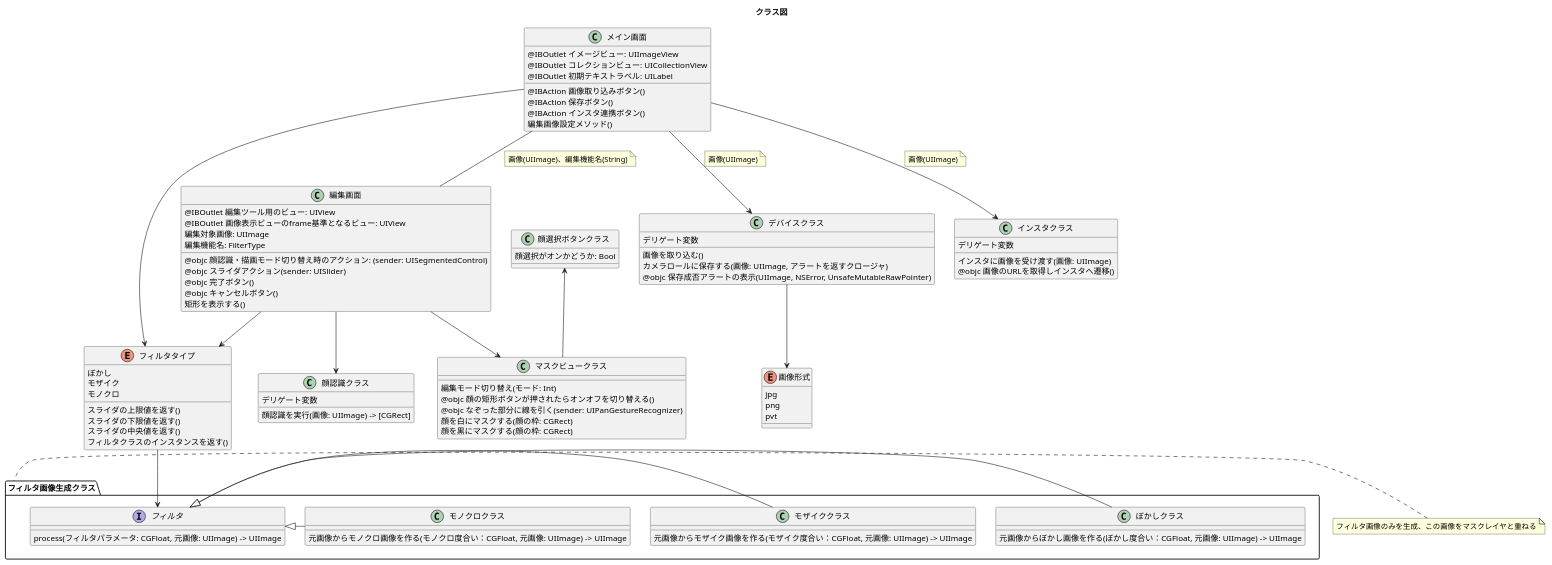
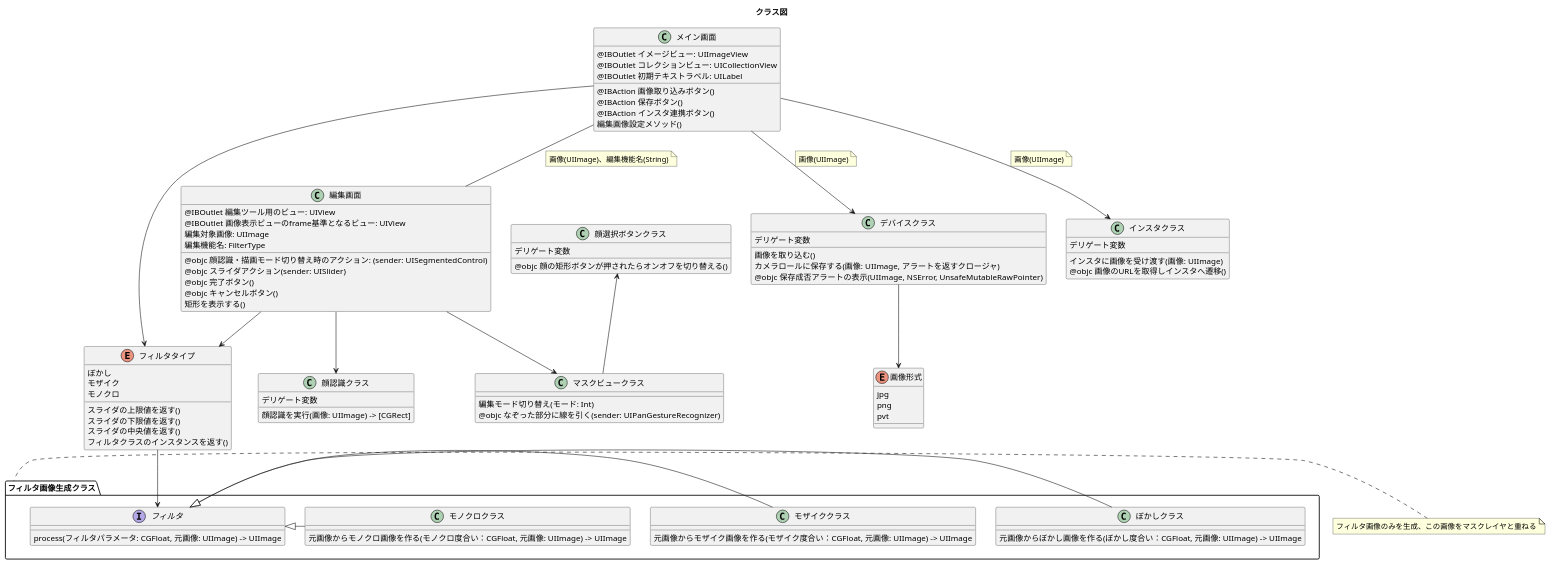
One commit to saganoH/InstaExt changed the diagram in InstaExt/docs/クラス図.plantuml. Above: the diagram before and after it, drawn with PlantUML.

Commit message:
[task] card_218 クラス図更新（顔選択機能）
* クラス図修正

```diff
--- a/InstaExt/docs/クラス図.plantuml
+++ b/InstaExt/docs/クラス図.plantuml
@@ -1,121 +1,119 @@
 @startuml
 title "クラス図"
 
 class メイン画面 {
   @IBOutlet イメージビュー: UIImageView
   @IBOutlet コレクションビュー: UICollectionView
   @IBOutlet 初期テキストラベル: UILabel
   @IBAction 画像取り込みボタン()
   @IBAction 保存ボタン()
   @IBAction インスタ連携ボタン()
   編集画像設定メソッド()
 }
 
 class 編集画面 {
   @IBOutlet 編集ツール用のビュー: UIView
   @IBOutlet 画像表示ビューのframe基準となるビュー: UIView
   編集対象画像: UIImage
   編集機能名: FilterType
   @objc 顔認識・描画モード切り替え時のアクション: (sender: UISegmentedControl)
   @objc スライダアクション(sender: UISlider)
   @objc 完了ボタン()
   @objc キャンセルボタン()
   矩形を表示する()
 }
 
 class 顔選択ボタンクラス {
-  顔選択がオンかどうか: Bool
+  デリゲート変数
+  @objc 顔の矩形ボタンが押されたらオンオフを切り替える()
 }
 
 class マスクビュークラス {
   編集モード切り替え(モード: Int)
-  @objc 顔の矩形ボタンが押されたらオンオフを切り替える()
   @objc なぞった部分に線を引く(sender: UIPanGestureRecognizer)
-  顔を白にマスクする(顔の枠: CGRect)
-  顔を黒にマスクする(顔の枠: CGRect)
 }
 
 class 顔認識クラス {
   デリゲート変数
   顔認識を実行(画像: UIImage) -> [CGRect]
 }
 
 class デバイスクラス {
   デリゲート変数
   画像を取り込む()
   カメラロールに保存する(画像: UIImage, アラートを返すクロージャ)
   @objc 保存成否アラートの表示(UIImage, NSError, UnsafeMutableRawPointer)
 }
 
 class インスタクラス {
   デリゲート変数
   インスタに画像を受け渡す(画像: UIImage)
   @objc 画像のURLを取得しインスタへ遷移()
 }
 
 enum フィルタタイプ {
   ぼかし
   モザイク
   モノクロ
   スライダの上限値を返す()
   スライダの下限値を返す()
   スライダの中央値を返す()
   フィルタクラスのインスタンスを返す()
 }
 
 enum 画像形式 {
   jpg
   png
   pvt
 }
 
 package フィルタ画像生成クラス {
   interface フィルタ {
     process(フィルタパラメータ: CGFloat, 元画像: UIImage) -> UIImage
   }
 
   class ぼかしクラス {
     元画像からぼかし画像を作る(ぼかし度合い：CGFloat, 元画像: UIImage) -> UIImage
   }
 
   class モザイククラス {
     元画像からモザイク画像を作る(モザイク度合い：CGFloat, 元画像: UIImage) -> UIImage
   }
 
   class モノクロクラス {
     元画像からモノクロ画像を作る(モノクロ度合い：CGFloat, 元画像: UIImage) -> UIImage
   }
 
   フィルタ <|- ぼかしクラス
   フィルタ <|- モザイククラス
   フィルタ <|- モノクロクラス
 }
 note left of フィルタ画像生成クラス
   フィルタ画像のみを生成、この画像をマスクレイヤと重ねる
 end note
 
 メイン画面--編集画面
 note left on link
   画像(UIImage)、編集機能名(String)
 end note
 
 メイン画面-->デバイスクラス
 note left on link
   画像(UIImage)
 end note
 
 メイン画面-->インスタクラス
 note left on link
   画像(UIImage)
 end note
 
 編集画面-->マスクビュークラス
 編集画面-->顔認識クラス
 顔選択ボタンクラス<--マスクビュークラス
 
 デバイスクラス-->画像形式
 メイン画面-->フィルタタイプ
 編集画面-->フィルタタイプ
 フィルタタイプ-->フィルタ
 
 @enduml
```
